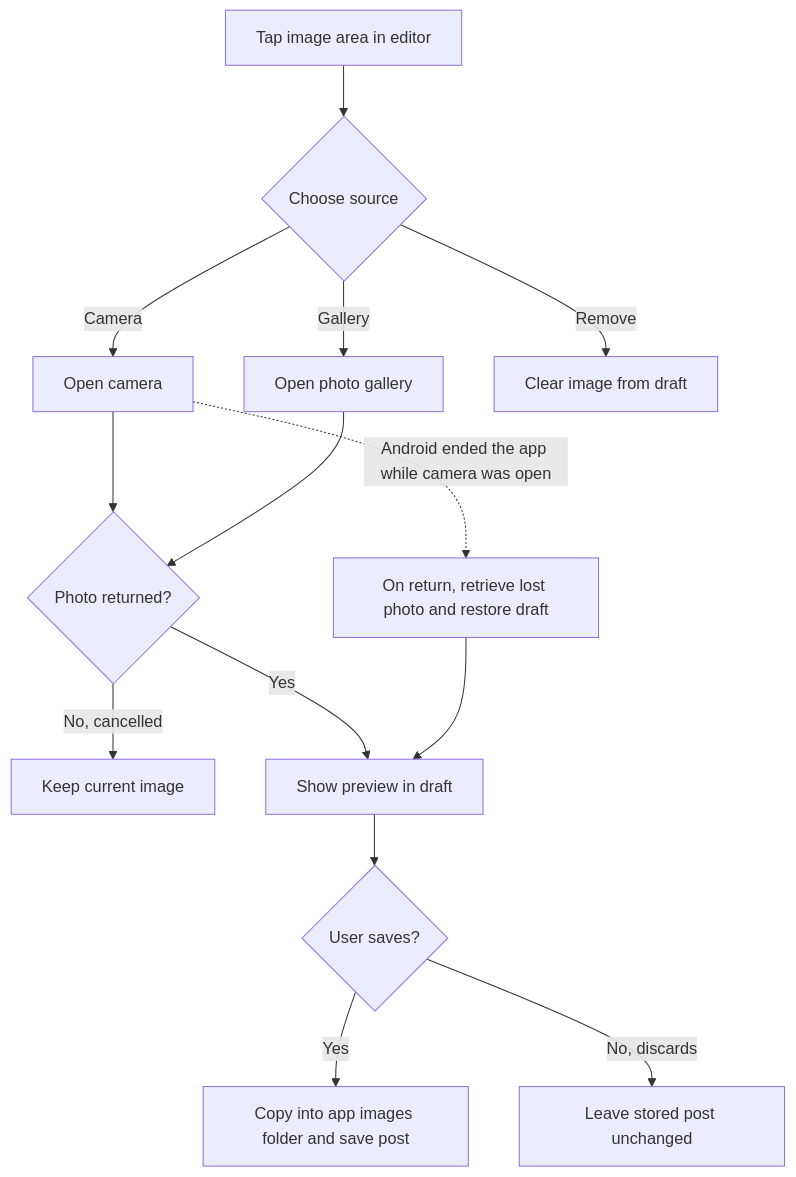
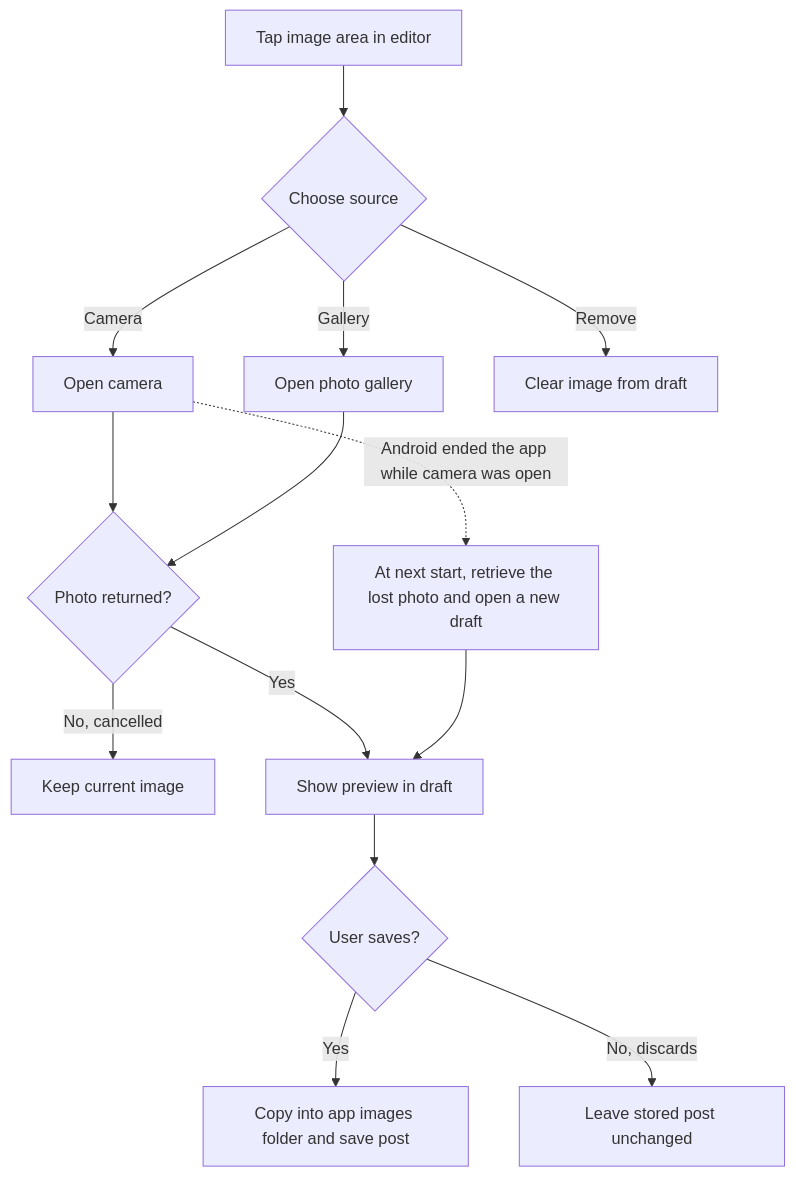
Before and after one commit to baho-j/folio-blog: the sixth of 6 diagrams in docs/DESIGN.md, drawn with Mermaid. The commit also changed other lines of this file and 9 other files, not shown here.

Commit message:
recover lost camera data and add decisions log

````diff
--- a/docs/DESIGN.md
+++ b/docs/DESIGN.md
@@ -208,16 +210,16 @@
 ```mermaid
 flowchart TD
     A[Tap image area in editor] --> B{Choose source}
     B -->|Camera| C[Open camera]
     B -->|Gallery| D[Open photo gallery]
     B -->|Remove| R[Clear image from draft]
     C --> E{Photo returned?}
     D --> E
     E -->|No, cancelled| F[Keep current image]
     E -->|Yes| G[Show preview in draft]
     G --> H{User saves?}
     H -->|Yes| I[Copy into app images folder and save post]
     H -->|No, discards| J[Leave stored post unchanged]
-    C -.->|Android ended the app while camera was open| K[On return, retrieve lost photo and restore draft]
+    C -.->|Android ended the app while camera was open| K[At next start, retrieve the lost photo and open a new draft]
     K --> G
 ```
````
